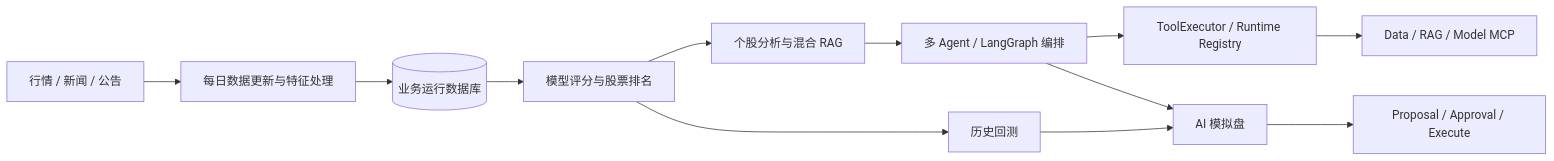
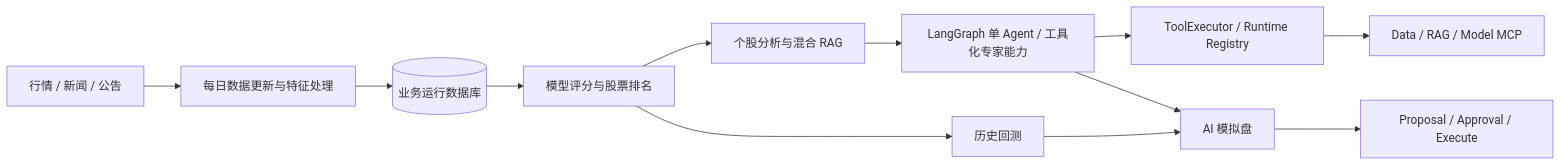
One commit to lxh-boop/stock-agent-platform changed the second of 3 diagrams in README.md. Above: the diagram before and after it, drawn with Mermaid. The commit also changed other lines of this file and 20 other files, not shown here.

````diff
--- a/README.md
+++ b/README.md
@@ -99,14 +99,14 @@
 ```mermaid
 flowchart LR
     A["行情 / 新闻 / 公告"] --> B["每日数据更新与特征处理"]
     B --> C[("业务运行数据库")]
     C --> D["模型评分与股票排名"]
     D --> E["个股分析与混合 RAG"]
     D --> F["历史回测"]
-    E --> G["多 Agent / LangGraph 编排"]
+    E --> G["LangGraph 单 Agent / 工具化专家能力"]
     G --> H["ToolExecutor / Runtime Registry"]
     H --> I["Data / RAG / Model MCP"]
     F --> J["AI 模拟盘"]
     G --> J
     J --> K["Proposal / Approval / Execute"]
 ```
````
